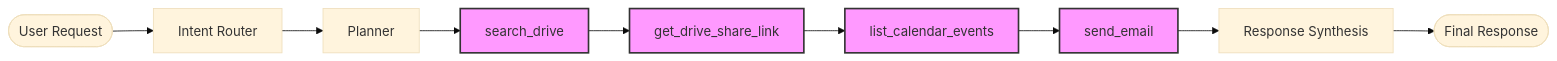
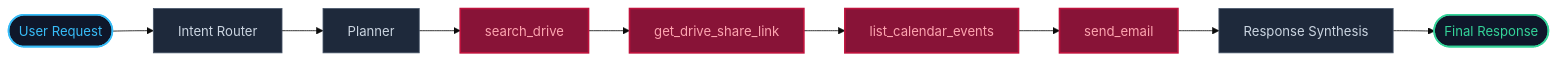
The first of 3 diagrams in README.md (GaneshBamalwa/ATLAS), drawn with Mermaid (base theme) before and after one commit. The commit also changed other lines of this file, not shown here.

Commit message:
docs: improve mermaid diagram color contrast and expand DAG details

````diff
--- a/README.md
+++ b/README.md
@@ -29,15 +29,21 @@
 ```mermaid
 graph LR
     User([User Request]) --> Router[Intent Router]
     Router --> Planner[Planner]
     Planner --> Exec1[search_drive]
     Exec1 --> Exec2[get_drive_share_link]
     Exec2 --> Exec3[list_calendar_events]
     Exec3 --> Exec4[send_email]
     Exec4 --> Synthesis[Response Synthesis]
     Synthesis --> End([Final Response])
-    style Exec1 fill:#f9f,stroke:#333,stroke-width:2px
-    style Exec2 fill:#f9f,stroke:#333,stroke-width:2px
-    style Exec3 fill:#f9f,stroke:#333,stroke-width:2px
-    style Exec4 fill:#f9f,stroke:#333,stroke-width:2px
+
+    style User fill:#0f172a,stroke:#38bdf8,color:#38bdf8,stroke-width:2px
+    style Router fill:#1e293b,stroke:#475569,color:#cbd5e1,stroke-width:1px
+    style Planner fill:#1e293b,stroke:#475569,color:#cbd5e1,stroke-width:1px
+    style Exec1 fill:#881337,stroke:#be123c,color:#fda4af,stroke-width:2px
+    style Exec2 fill:#881337,stroke:#be123c,color:#fda4af,stroke-width:2px
+    style Exec3 fill:#881337,stroke:#be123c,color:#fda4af,stroke-width:2px
+    style Exec4 fill:#881337,stroke:#be123c,color:#fda4af,stroke-width:2px
+    style Synthesis fill:#1e293b,stroke:#475569,color:#cbd5e1,stroke-width:1px
+    style End fill:#0f172a,stroke:#34d399,color:#34d399,stroke-width:2px
 ```
````
